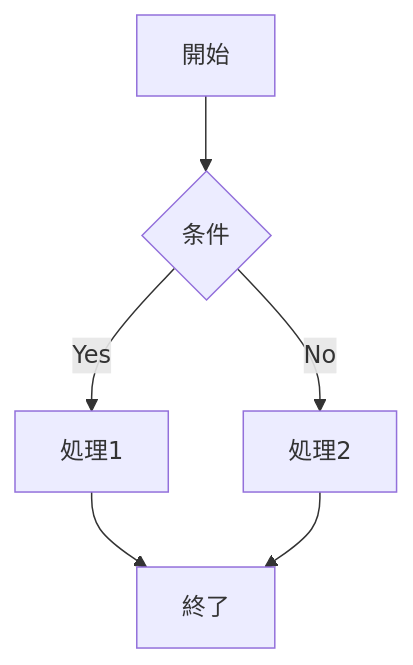
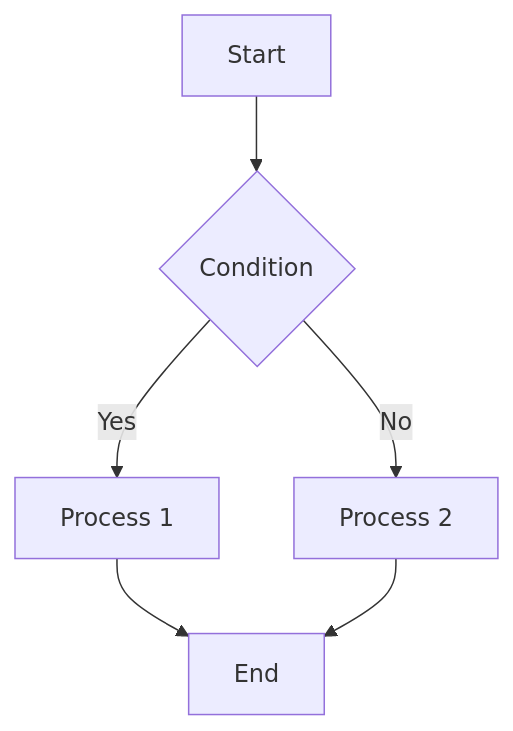
One commit to itTkm/pandoc-mermaid-selenium-filter changed the first of 3 diagrams in example/example.md. Above: the diagram before and after it, drawn with Mermaid. The commit also changed other lines of this file and 3 other files, not shown here.

````diff
--- a/example/example.md
+++ b/example/example.md
@@ -5,8 +5,8 @@
 ```mermaid
 graph TD
-    A[開始] --> B{条件}
-    B -->|Yes| C[処理1]
-    B -->|No| D[処理2]
-    C --> E[終了]
+    A[Start] --> B{Condition}
+    B -->|Yes| C[Process 1]
+    B -->|No| D[Process 2]
+    C --> E[End]
     D --> E
 ```
````
